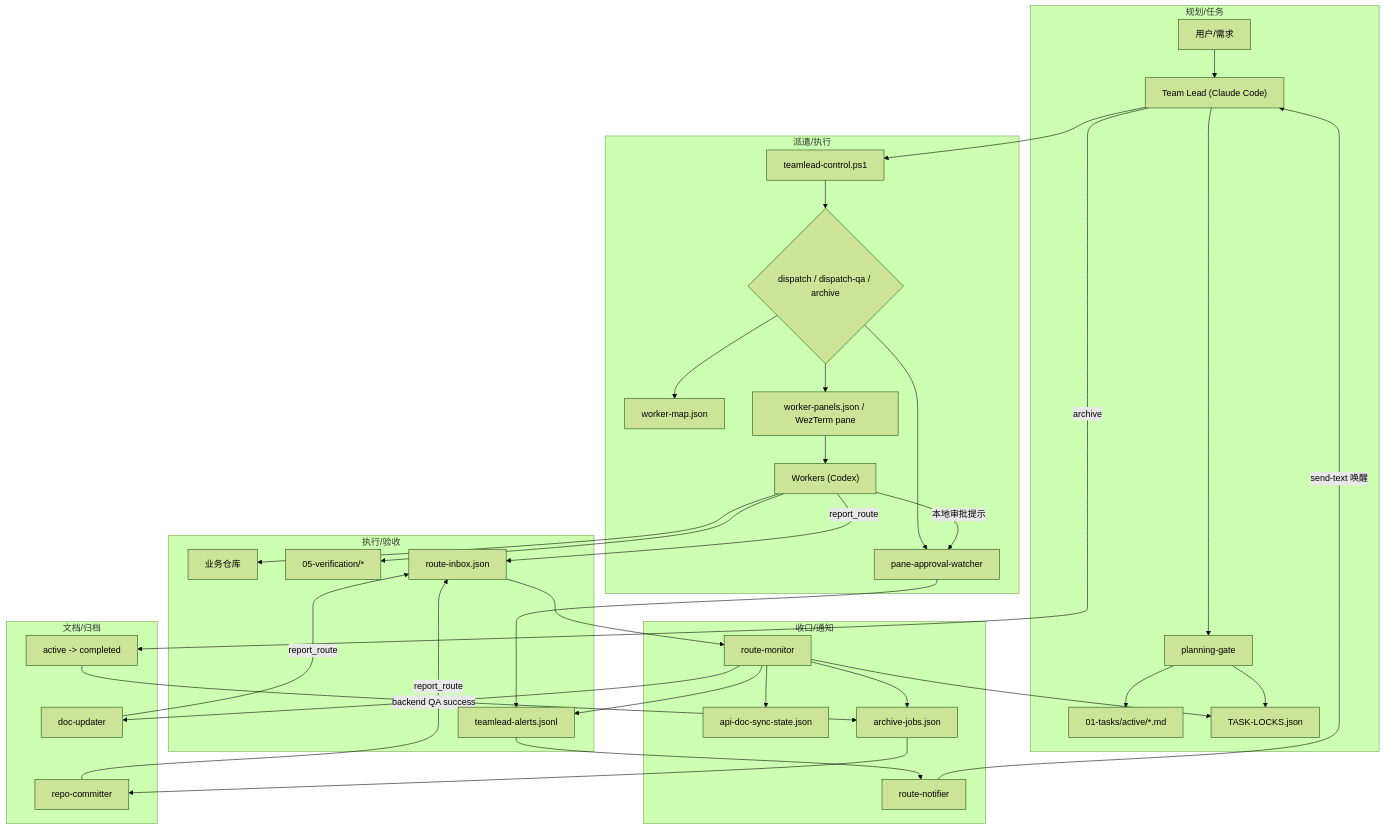
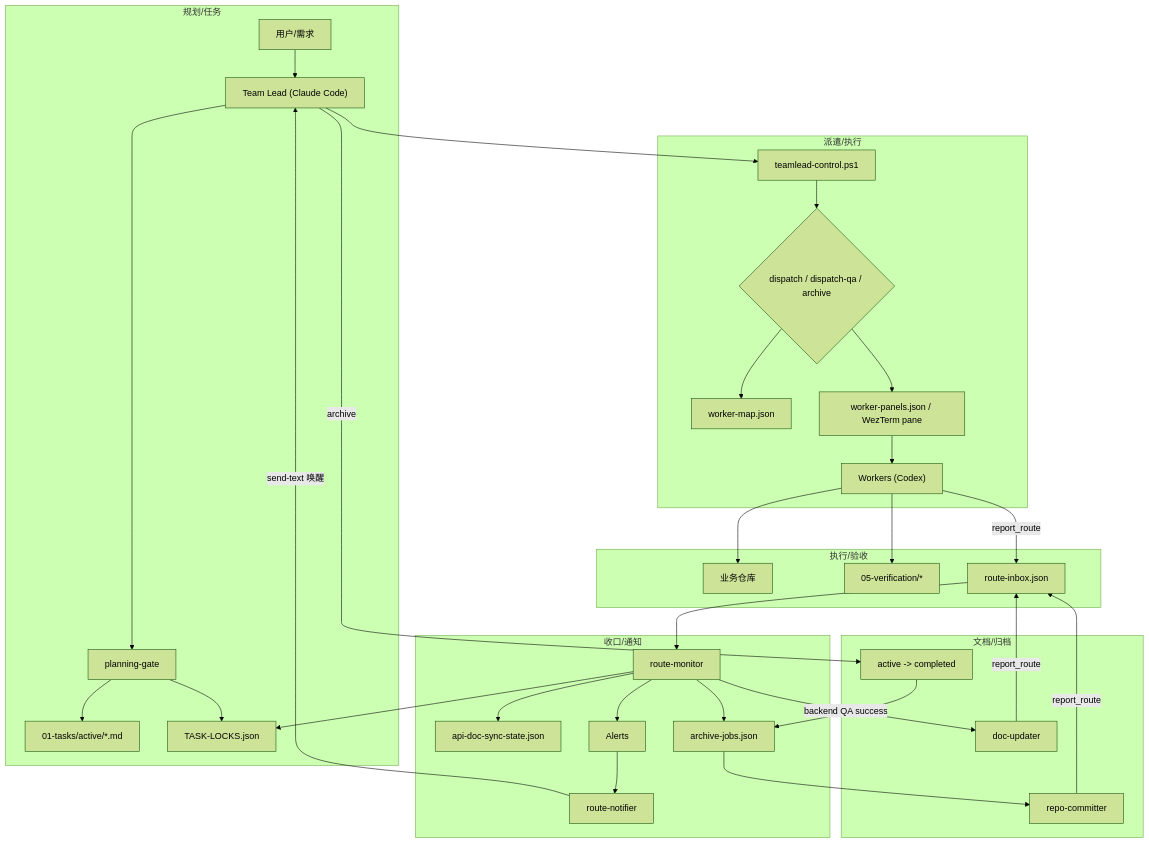
One commit to waylon003/moxton-ccb changed the diagram in README.md. Above: the diagram before and after it, drawn with Mermaid (forest theme). The commit also changed other lines of this file and 14 other files, not shown here.

Commit message:
refactor: simplify route docs and merge rich dashboard into teamlead pane

````diff
--- a/README.md
+++ b/README.md
@@ -9,45 +9,42 @@
 ```mermaid
 flowchart TD
   subgraph Planning["规划/任务"]
     U["用户/需求"] --> TL["Team Lead (Claude Code)"]
     TL --> PG["planning-gate"]
     PG --> Spec["01-tasks/active/*.md"]
     PG --> Locks["TASK-LOCKS.json"]
   end
 
   subgraph Dispatch["派遣/执行"]
     TL --> CTRL["teamlead-control.ps1"]
     CTRL --> D{"dispatch / dispatch-qa / archive"}
     D --> WM["worker-map.json"]
     D --> WR["worker-panels.json / WezTerm pane"]
     WR --> W["Workers (Codex)"]
-    D --> PAW["pane-approval-watcher"]
   end
 
   subgraph Work["执行/验收"]
     W --> Repo["业务仓库"]
     W --> Evidence["05-verification/*"]
     W -->|report_route| Inbox["route-inbox.json"]
-    W -->|本地审批提示| PAW
-    PAW --> Alerts["teamlead-alerts.jsonl"]
   end
 
   subgraph Monitor["收口/通知"]
     Inbox --> RM["route-monitor"]
     RM --> Locks
     RM --> DocState["api-doc-sync-state.json"]
     RM --> ArchiveJobs["archive-jobs.json"]
     RM --> Alerts
     Alerts --> RN["route-notifier"]
     RN -->|send-text 唤醒| TL
   end
 
   subgraph Archive["文档/归档"]
     RM -->|backend QA success| Doc["doc-updater"]
     ArchiveJobs --> Committer["repo-committer"]
     Doc -->|report_route| Inbox
     Committer -->|report_route| Inbox
     TL -->|archive| Move["active -> completed"]
     Move --> ArchiveJobs
   end
 ```
````
